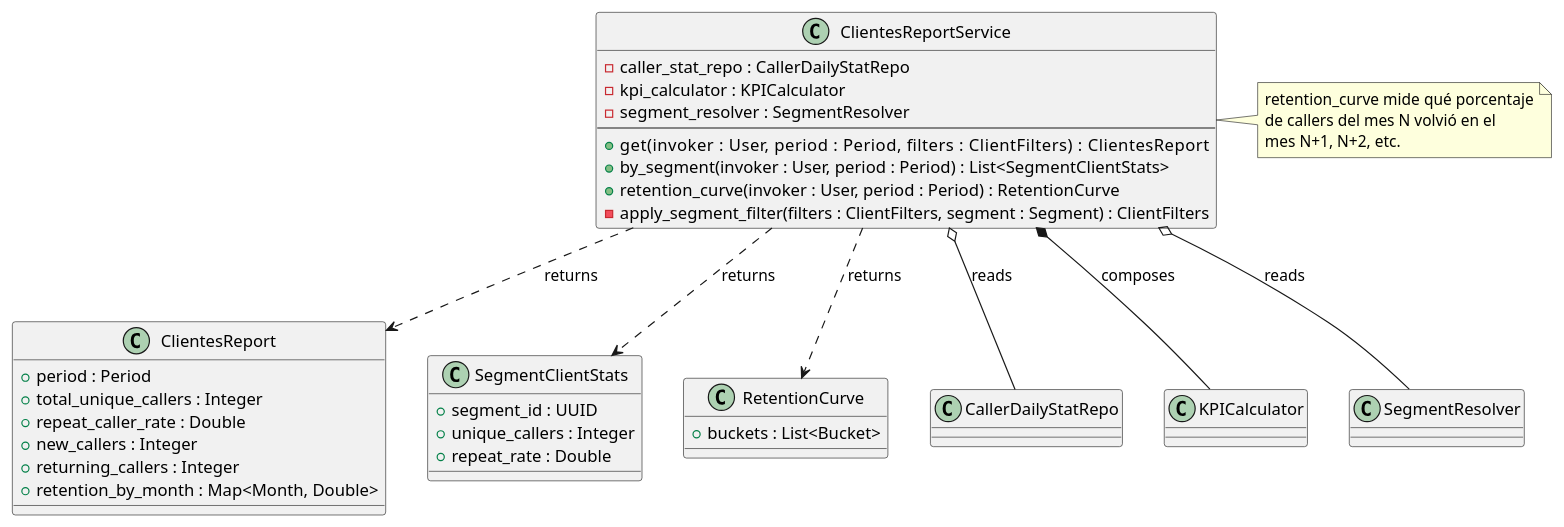
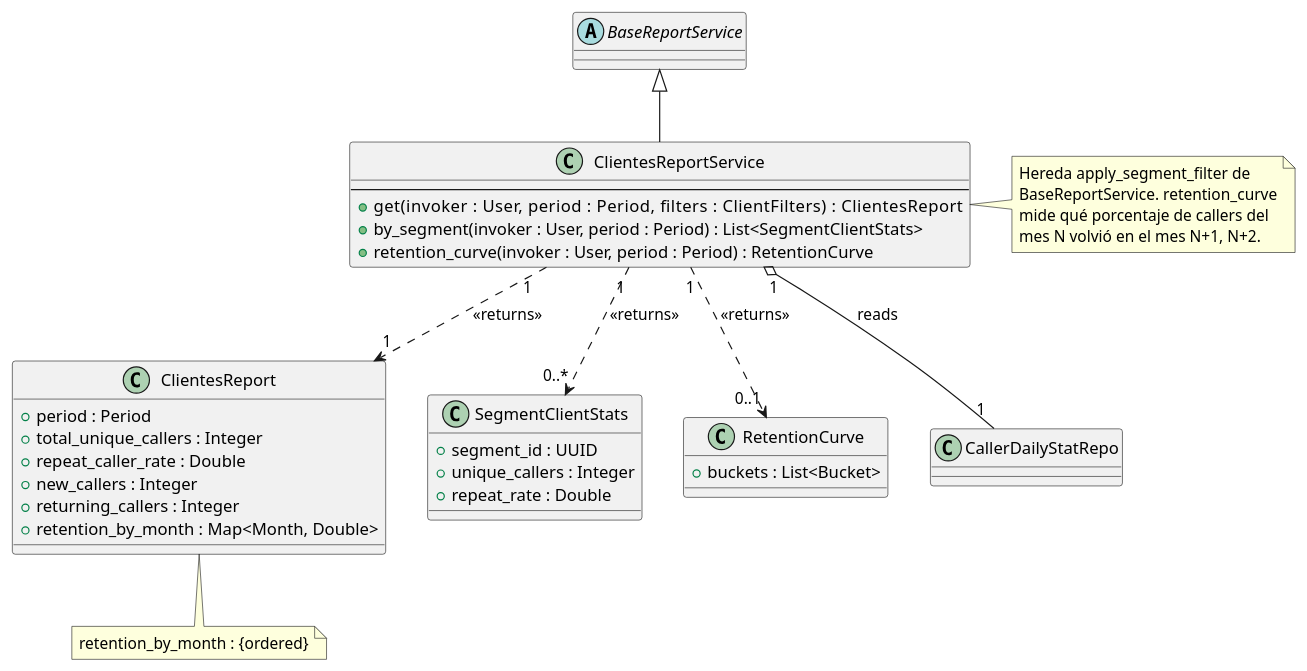
One commit to jcg-admin/IACT-docs changed the diagram in source/arquitectura-tecnica/domain-model/clientes-report-service.rst. Above: the diagram before and after it, drawn with PlantUML. The commit also changed 53 other files, not shown here.

First line of the commit message:
Apply UML rigor pass batch 1: RBAC core + Reports generalization

```diff
--- a/source/arquitectura-tecnica/domain-model/clientes-report-service.rst
+++ b/source/arquitectura-tecnica/domain-model/clientes-report-service.rst
@@ -28,55 +28,56 @@
 .. uml::
  :caption: Clase ClientesReportService — reporte de
            clientes únicos y retención.
 
  @startuml
 
+ abstract class BaseReportService
+
  class ClientesReportService {
-   - caller_stat_repo : CallerDailyStatRepo
-   - kpi_calculator : KPICalculator
-   - segment_resolver : SegmentResolver
    --
    + get(invoker : User, period : Period, \
          filters : ClientFilters) : ClientesReport
    + by_segment(invoker : User, period : Period) : List<SegmentClientStats>
    + retention_curve(invoker : User, period : Period) : RetentionCurve
-   - apply_segment_filter(filters : ClientFilters, segment : Segment) : ClientFilters
  }
+
+ BaseReportService <|-- ClientesReportService
 
  class ClientesReport {
    + period : Period
    + total_unique_callers : Integer
    + repeat_caller_rate : Double
    + new_callers : Integer
    + returning_callers : Integer
    + retention_by_month : Map<Month, Double>
  }
 
  class SegmentClientStats {
    + segment_id : UUID
    + unique_callers : Integer
    + repeat_rate : Double
  }
 
  class RetentionCurve {
    + buckets : List<Bucket>
  }
 
  class CallerDailyStatRepo
- class KPICalculator
- class SegmentResolver
 
- ClientesReportService o-- CallerDailyStatRepo : reads
- ClientesReportService *-- KPICalculator : composes
- ClientesReportService o-- SegmentResolver : reads
- ClientesReportService ..> ClientesReport : returns
- ClientesReportService ..> SegmentClientStats : returns
- ClientesReportService ..> RetentionCurve : returns
+ ClientesReportService "1" o-- "1" CallerDailyStatRepo : reads
+ ClientesReportService "1" ..> "1" ClientesReport : <<returns>>
+ ClientesReportService "1" ..> "0..*" SegmentClientStats : <<returns>>
+ ClientesReportService "1" ..> "0..1" RetentionCurve : <<returns>>
+
+ note bottom of ClientesReport
+   retention_by_month : {ordered}
+ end note
 
  note right of ClientesReportService
-   retention_curve mide qué porcentaje
-   de callers del mes N volvió en el
-   mes N+1, N+2, etc.
+   Hereda apply_segment_filter de
+   BaseReportService. retention_curve
+   mide qué porcentaje de callers del
+   mes N volvió en el mes N+1, N+2.
  end note
 
  @enduml
```
